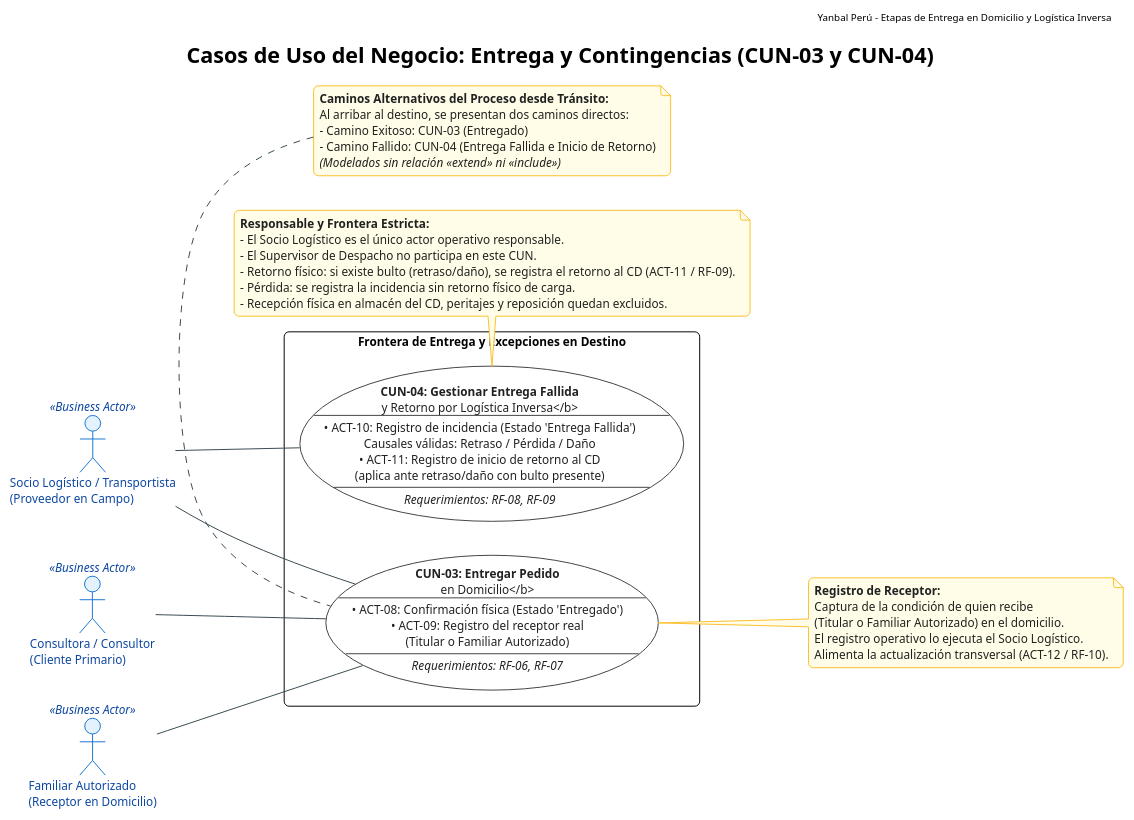
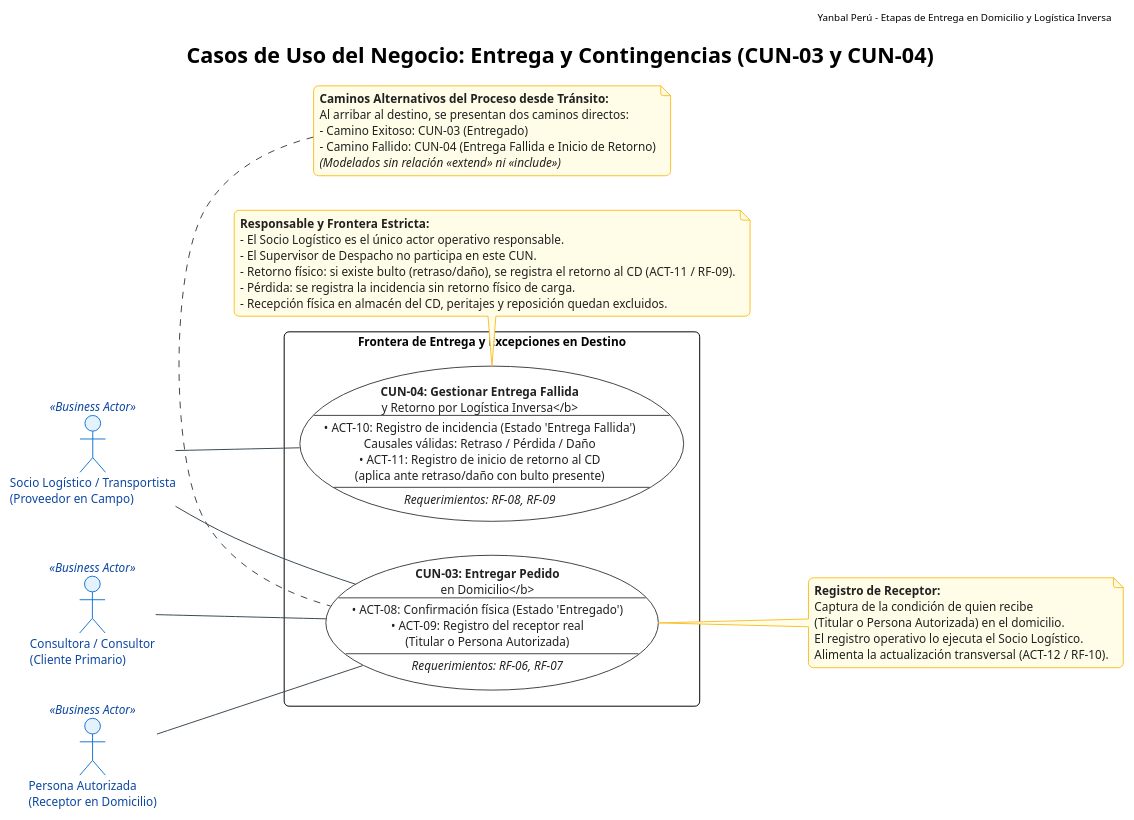
Before and after one commit to SaraviaH/arq-emp: the diagram in arq-emp AS-IS/Diagrama de Casos de Uso del Negocio (CUN)/CUN_Paquete_Entrega_LogisticaInversa.puml, drawn with PlantUML. The commit also changed 50 other files, not shown here.

```diff
--- a/arq-emp AS-IS/Diagrama de Casos de Uso del Negocio (CUN)/CUN_Paquete_Entrega_LogisticaInversa.puml
+++ b/arq-emp AS-IS/Diagrama de Casos de Uso del Negocio (CUN)/CUN_Paquete_Entrega_LogisticaInversa.puml
@@ -1,81 +1,81 @@
 @startuml CUN_Paquete_Entrega_LogisticaInversa
 !theme plain
 skinparam shadowing false
 skinparam roundcorner 10
 skinparam defaultFontName "Arial"
 skinparam defaultFontSize 12
 
 skinparam actor {
     BackgroundColor<<Business Actor>> #E3F2FD
     BorderColor<<Business Actor>> #1976D2
     FontColor<<Business Actor>> #0D47A1
     
     BackgroundColor<<Business Worker>> #FFF3E0
     BorderColor<<Business Worker>> #F57C00
     FontColor<<Business Worker>> #E65100
 }
 
 skinparam usecase {
     BackgroundColor #FFFFFF
     BorderColor #424242
     ArrowColor #37474F
     FontColor #212121
 }
 
 skinparam note {
     BackgroundColor #FFFDE7
     BorderColor #FBC02D
     FontColor #212121
 }
 
 left to right direction
 
 header Yanbal Perú - Etapas de Entrega en Domicilio y Logística Inversa
 title Casos de Uso del Negocio: Entrega y Contingencias (CUN-03 y CUN-04)
 
 actor "Socio Logístico / Transportista\n(Proveedor en Campo)" as ActorSocio <<Business Actor>>
 actor "Consultora / Consultor\n(Cliente Primario)" as ActorConsultora <<Business Actor>>
-actor "Familiar Autorizado\n(Receptor en Domicilio)" as ActorFamiliar <<Business Actor>>
+actor "Persona Autorizada\n(Receptor en Domicilio)" as ActorPersonaAutorizada <<Business Actor>>
 
 rectangle "Frontera de Entrega y Excepciones en Destino" {
-    usecase "<b>CUN-03: Entregar Pedido\nen Domicilio</b>\n---\n• ACT-08: Confirmación física (Estado 'Entregado')\n• ACT-09: Registro del receptor real\n(Titular o Familiar Autorizado)\n---\n<i>Requerimientos: RF-06, RF-07</i>" as CUN03
+    usecase "<b>CUN-03: Entregar Pedido\nen Domicilio</b>\n---\n• ACT-08: Confirmación física (Estado 'Entregado')\n• ACT-09: Registro del receptor real\n(Titular o Persona Autorizada)\n---\n<i>Requerimientos: RF-06, RF-07</i>" as CUN03
     
     usecase "<b>CUN-04: Gestionar Entrega Fallida\ny Retorno por Logística Inversa</b>\n---\n• ACT-10: Registro de incidencia (Estado 'Entrega Fallida')\nCausales válidas: Retraso / Pérdida / Daño\n• ACT-11: Registro de inicio de retorno al CD\n(aplica ante retraso/daño con bulto presente)\n---\n<i>Requerimientos: RF-08, RF-09</i>" as CUN04
 }
 
 ' =======================================================
 ' RELACIONES DE ASOCIACIÓN (ACTORES <-> CUN)
 ' Asociaciones estándar UML (sin direccionalidad de flujo)
 ' =======================================================
 ActorSocio -- CUN03
 ActorConsultora -- CUN03
-ActorFamiliar -- CUN03
+ActorPersonaAutorizada -- CUN03
 
 ActorSocio -- CUN04
 
 note right of CUN03
   <b>Registro de Receptor:</b>
   Captura de la condición de quien recibe
-  (Titular o Familiar Autorizado) en el domicilio.
+  (Titular o Persona Autorizada) en el domicilio.
   El registro operativo lo ejecuta el Socio Logístico.
   Alimenta la actualización transversal (ACT-12 / RF-10).
 end note
 
 note bottom of CUN04
   <b>Responsable y Frontera Estricta:</b>
   - El Socio Logístico es el único actor operativo responsable.
   - El Supervisor de Despacho no participa en este CUN.
   - Retorno físico: si existe bulto (retraso/daño), se registra el retorno al CD (ACT-11 / RF-09).
   - Pérdida: se registra la incidencia sin retorno físico de carga.
   - Recepción física en almacén del CD, peritajes y reposición quedan excluidos.
 end note
 
 note top of CUN03
   <b>Caminos Alternativos del Proceso desde Tránsito:</b>
   Al arribar al destino, se presentan dos caminos directos:
   - Camino Exitoso: CUN-03 (Entregado)
   - Camino Fallido: CUN-04 (Entrega Fallida e Inicio de Retorno)
   <i>(Modelados sin relación <<extend>> ni <<include>>)</i>
 end note
 
 @enduml
```
